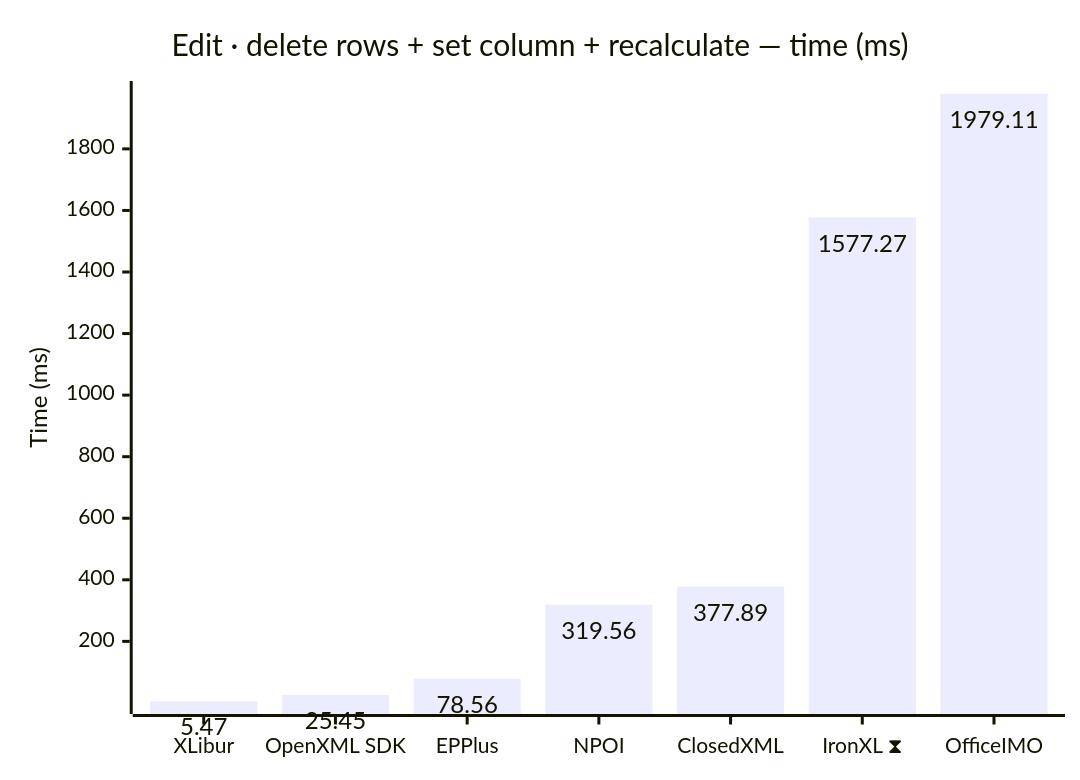
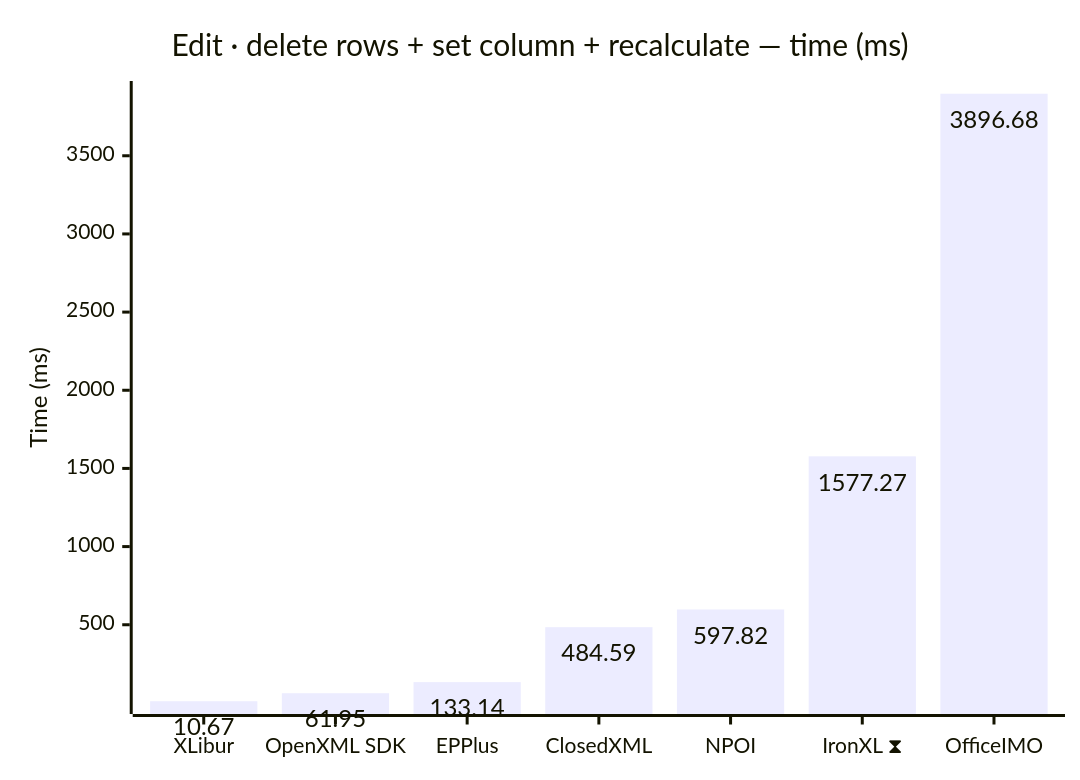
Before and after one commit to jafin/XLBench: the ninth of 12 diagrams in docs/results-ci.md, drawn with Mermaid. The commit also changed other lines of this file, not shown here.

````diff
--- a/docs/results-ci.md
+++ b/docs/results-ci.md
@@ -147,12 +147,12 @@
 ```mermaid
 ---
 config:
   xyChart:
     showDataLabel: true
 ---
 xychart-beta
     title "Edit · delete rows + set column + recalculate — time (ms)"
-    x-axis ["XLibur", "OpenXML SDK", "EPPlus", "NPOI", "ClosedXML", "IronXL ⧗", "OfficeIMO"]
+    x-axis ["XLibur", "OpenXML SDK", "EPPlus", "ClosedXML", "NPOI", "IronXL ⧗", "OfficeIMO"]
     y-axis "Time (ms)"
-    bar [5.47, 25.45, 78.56, 319.56, 377.89, 1577.27, 1979.11]
+    bar [10.67, 61.95, 133.14, 484.59, 597.82, 1577.27, 3896.68]
 ```
````
